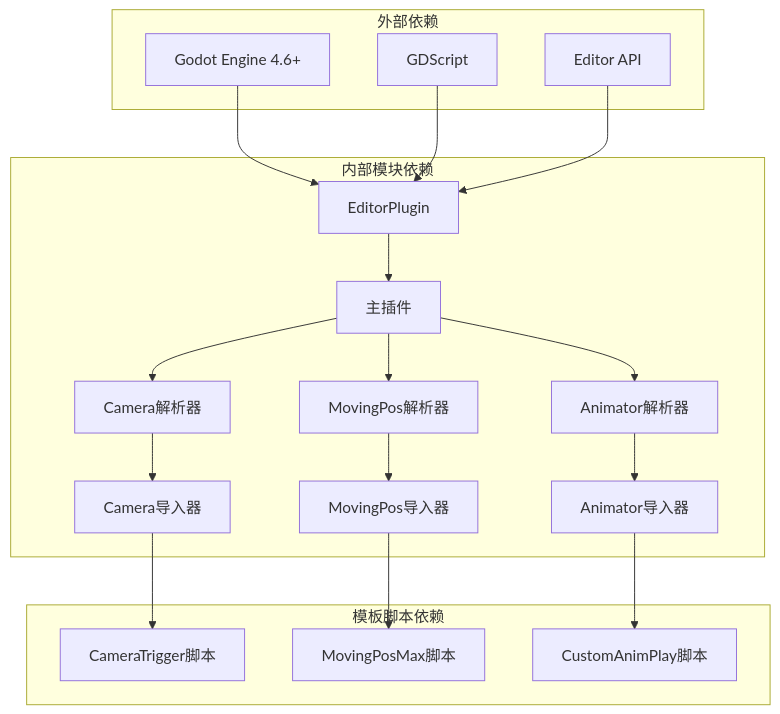
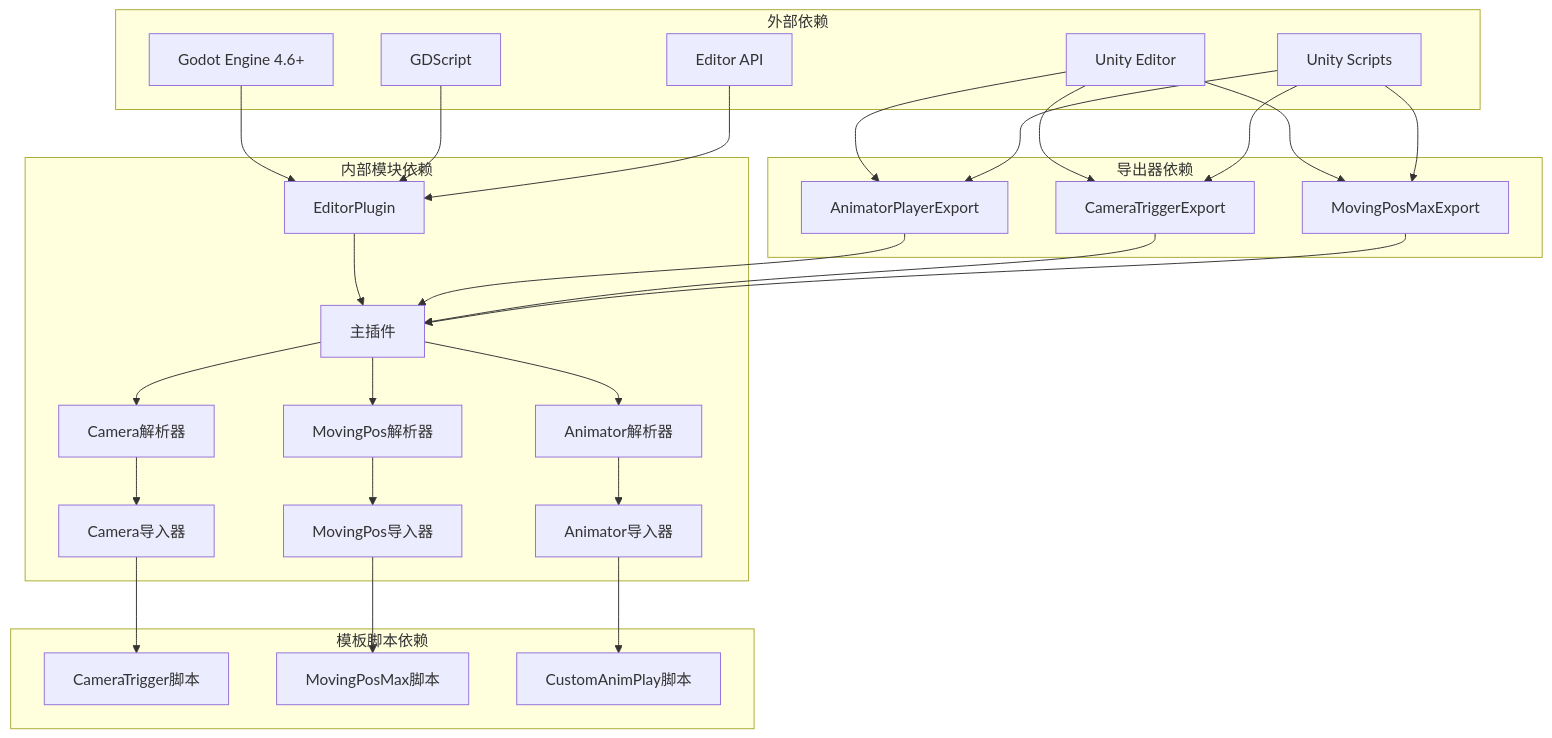
Diagram 17 of 18 in .qoder/repowiki/zh/content/开发工具/MPM导入器插件.md (godotline/godot-line), drawn with Mermaid before and after one commit. The commit also changed other lines of this file and 10 other files, not shown here.

````diff
--- a/.qoder/repowiki/zh/content/开发工具/MPM导入器插件.md
+++ b/.qoder/repowiki/zh/content/开发工具/MPM导入器插件.md
@@ -495,36 +680,52 @@
 ```mermaid
 graph TB
 subgraph "外部依赖"
 GD[Godot Engine 4.6+]
 GS[GDScript]
 AE[Editor API]
+UE[Unity Editor]
+US[Unity Scripts]
 end
 subgraph "内部模块依赖"
 EP[EditorPlugin]
 MP[主插件]
 AR[Animator解析器]
 CR[Camera解析器]
 MR[MovingPos解析器]
 AI[Animator导入器]
 CI[Camera导入器]
 MI[MovingPos导入器]
 end
 subgraph "模板脚本依赖"
 CA[CameraTrigger脚本]
 MA[MovingPosMax脚本]
 CU[CustomAnimPlay脚本]
 end
+subgraph "导出器依赖"
+APE[AnimatorPlayerExport]
+CTE[CameraTriggerExport]
+MPE[MovingPosMaxExport]
+end
 GD --> EP
 GS --> EP
 AE --> EP
+UE --> APE
+UE --> CTE
+UE --> MPE
+US --> APE
+US --> CTE
+US --> MPE
 EP --> MP
 MP --> AR
 MP --> CR
 MP --> MR
 AR --> AI
 CR --> CI
 MR --> MI
 AI --> CU
 CI --> CA
 MI --> MA
+APE --> MP
+CTE --> MP
+MPE --> MP
 ```
````
